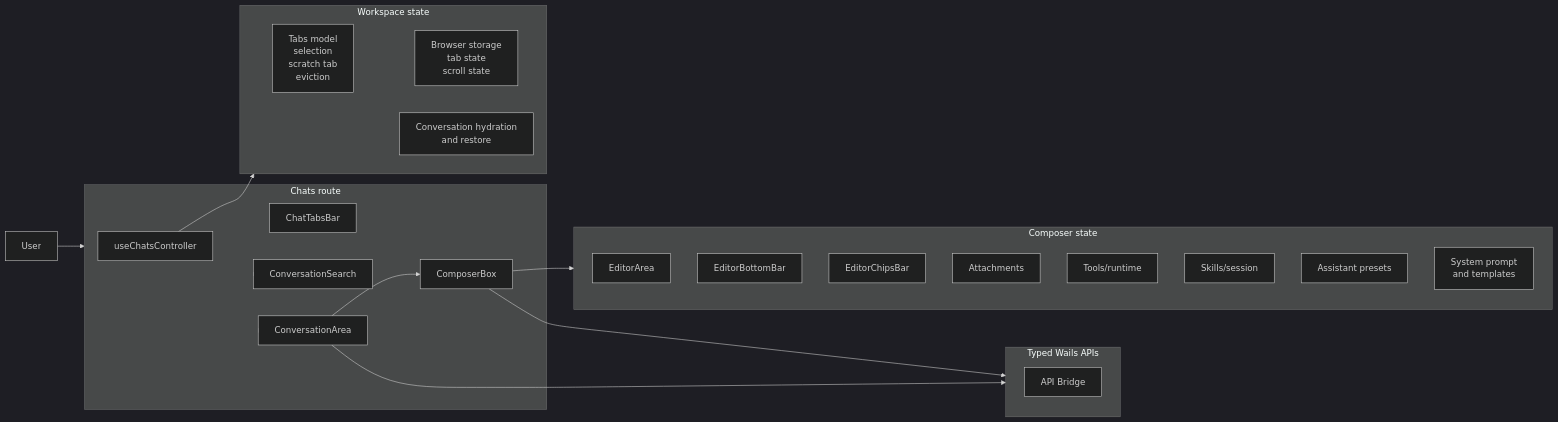
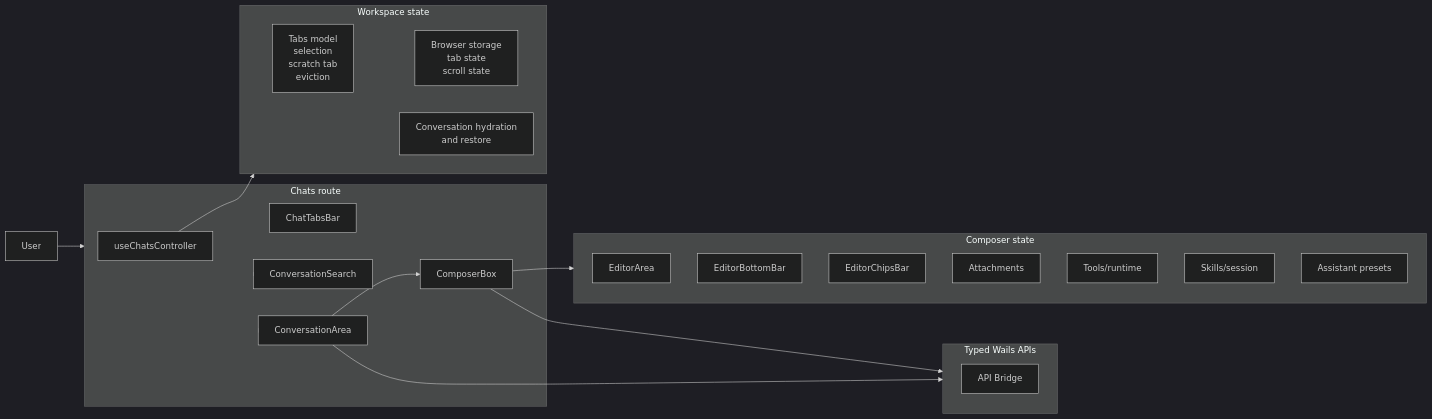
The diagram in frontend/app/docs/content/14-chats-workspace-and-composer-design.md (flexigpt/flexigpt-app), drawn with Mermaid (dark theme) before and after one commit. The commit also changed other lines of this file and 17 other files, not shown here.

````diff
--- a/frontend/app/docs/content/14-chats-workspace-and-composer-design.md
+++ b/frontend/app/docs/content/14-chats-workspace-and-composer-design.md
@@ -44,44 +44,43 @@
 ```mermaid
 flowchart LR
     User[User]
 
     subgraph ChatsRoute[Chats route]
         Controller[useChatsController]
         TabsBar[ChatTabsBar]
         Search[ConversationSearch]
         ConversationArea[ConversationArea]
         Composer[ComposerBox]
     end
 
     subgraph WorkspaceState[Workspace state]
         TabsModel[Tabs model\nselection\nscratch tab\neviction]
         Persistence[Browser storage\ntab state\nscroll state]
         Hydration[Conversation hydration\nand restore]
     end
 
     subgraph ComposerState[Composer state]
         Editor[EditorArea]
         Bar[EditorBottomBar]
         Chips[EditorChipsBar]
         Attachments[Attachments]
         Tools[Tools/runtime]
         Skills[Skills/session]
         Presets[Assistant presets]
-        SystemPrompt[System prompt\nand templates]
     end
 
     subgraph Backend[Typed Wails APIs]
         APIBridge[API Bridge]
     end
 
     User --> ChatsRoute
     ChatsRoute --> TabsBar
     ChatsRoute --> Search
     ChatsRoute --> ConversationArea
     ConversationArea --> Composer
     Controller --> WorkspaceState
     Composer --> ComposerState
     WorkspaceState --> Persistence
     ConversationArea --> Backend
     Composer --> Backend
 ```
````
